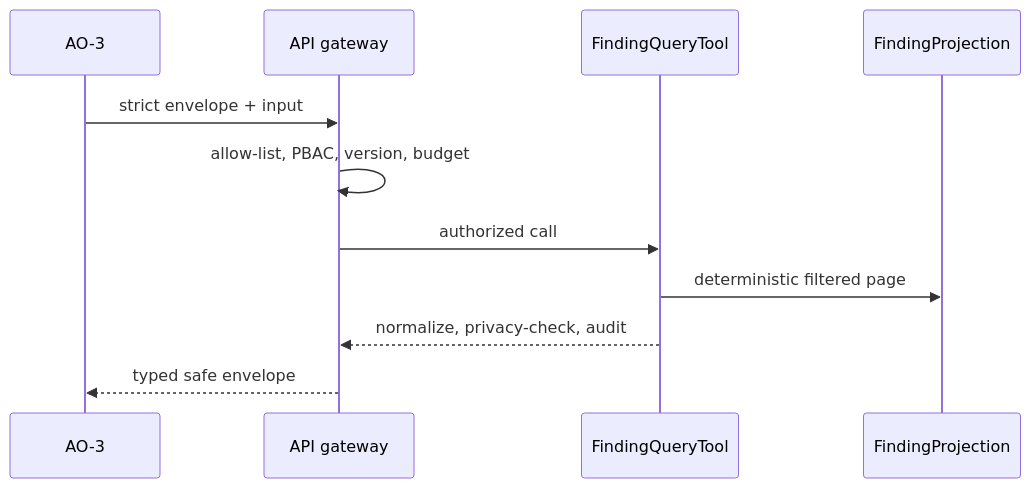
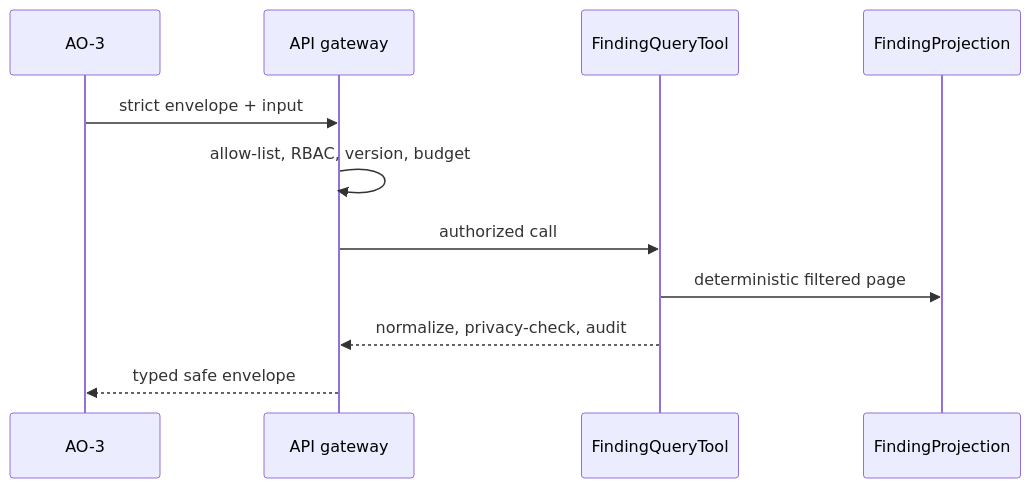
Before and after one commit to khovan123/LCSP: the diagram in docs/implementation/tasks/modules/agentic-evidence-tools/packets/ao-2-02-search-evidence.md, drawn with Mermaid. The commit also changed other lines of this file and 519 other files, not shown here.

````diff
--- a/docs/implementation/tasks/modules/agentic-evidence-tools/packets/ao-2-02-search-evidence.md
+++ b/docs/implementation/tasks/modules/agentic-evidence-tools/packets/ao-2-02-search-evidence.md
@@ -61,13 +61,13 @@
 ```mermaid
 sequenceDiagram
   participant O as AO-3
   participant G as API gateway
   participant H as FindingQueryTool
   participant P as FindingProjection
   O->>G: strict envelope + input
-  G->>G: allow-list, PBAC, version, budget
+  G->>G: allow-list, RBAC, version, budget
   G->>H: authorized call
   H->>P: deterministic filtered page
   H-->>G: normalize, privacy-check, audit
   G-->>O: typed safe envelope
 ```
````
